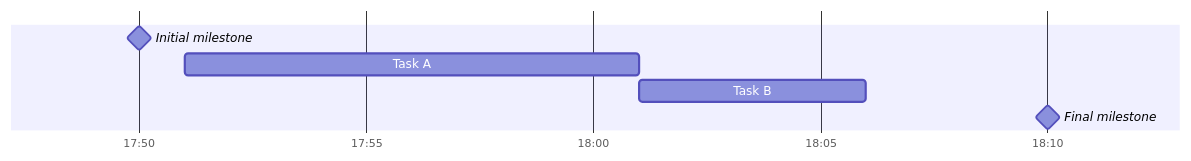
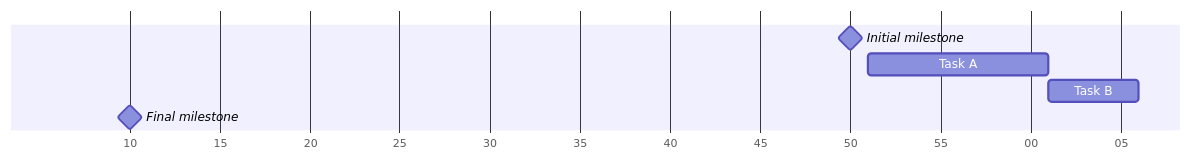
Before and after one commit to Iagocds/Projeto-Integrado: the second of 2 diagrams in sprint.md, drawn with Mermaid.

````diff
--- a/sprint.md
+++ b/sprint.md
@@ -24,9 +24,9 @@
 ```mermaid
 gantt
-    dateFormat HH:mm
-    axisFormat %H:%M
-    Initial milestone : milestone, m1, 17:49, 2m
+    dateFormat mm
+    axisFormat %M
+    Initial milestone : milestone, m1, 49, 2m
     Task A : 10m
     Task B : 5m
-    Final milestone : milestone, m2, 18:08, 4m
+    Final milestone : milestone, m2, 08, 4m
 ```
````
